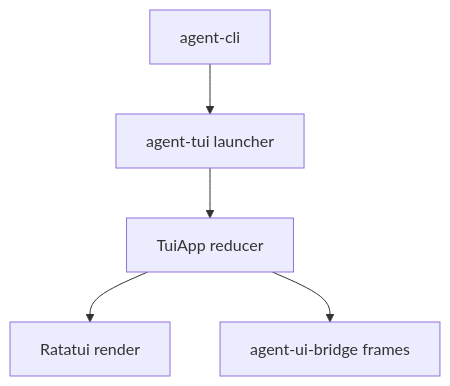
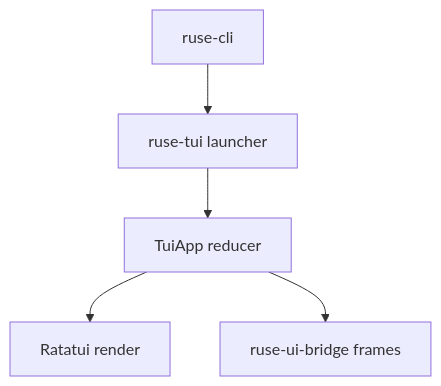
The diagram in docs/specs/M20-02-ratatui-shell.spec.md (poneding/agent), drawn with Mermaid before and after one commit. The commit also changed other lines of this file and 2091 other files, not shown here.

First line of the commit message:
refactor: rename agent branding to ruse

````diff
--- a/docs/specs/M20-02-ratatui-shell.spec.md
+++ b/docs/specs/M20-02-ratatui-shell.spec.md
@@ -31,7 +31,7 @@
 ```mermaid
 flowchart TD
-  CLI["agent-cli"] --> Launcher["agent-tui launcher"]
+  CLI["ruse-cli"] --> Launcher["ruse-tui launcher"]
   Launcher --> App["TuiApp reducer"]
   App --> Render["Ratatui render"]
-  App --> Bridge["agent-ui-bridge frames"]
+  App --> Bridge["ruse-ui-bridge frames"]
 ```
````
